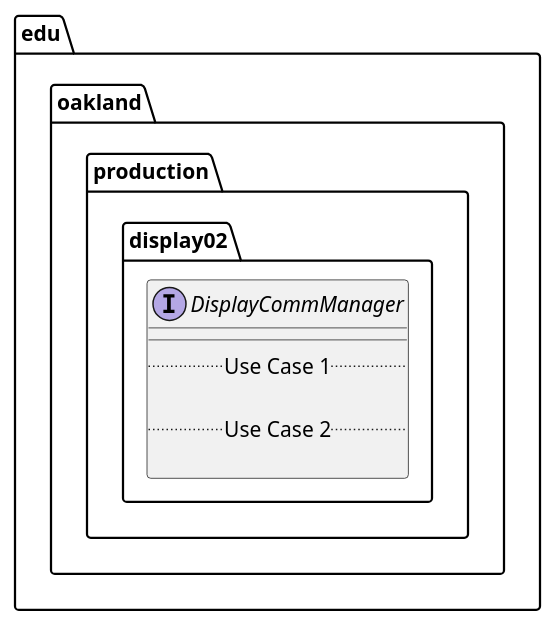
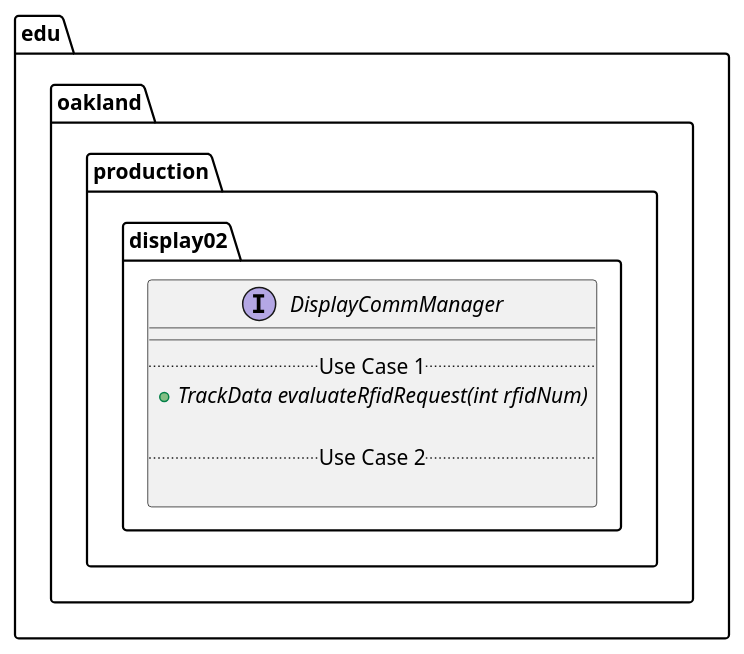
Before and after one commit to elilley15/csi-3370-software-project: the diagram in docs/uml-class-diagrams/display02/production/DisplayCommManager/DisplayCommManager.puml, drawn with PlantUML. The commit also changed 3 other files, not shown here.

First line of the commit message:
[Display_02] Display2 class uml diagram (#8)

```diff
--- a/docs/uml-class-diagrams/display02/production/DisplayCommManager/DisplayCommManager.puml
+++ b/docs/uml-class-diagrams/display02/production/DisplayCommManager/DisplayCommManager.puml
@@ -1,13 +1,14 @@
 @startuml DisplayCommManager
 
 package edu.oakland.production.display02 {
     interface DisplayCommManager {
         __
         .. Use Case 1 ..
+        {abstract} + TrackData evaluateRfidRequest(int rfidNum)
 
         .. Use Case 2 ..
 
     }
 }
 
 @enduml
```
